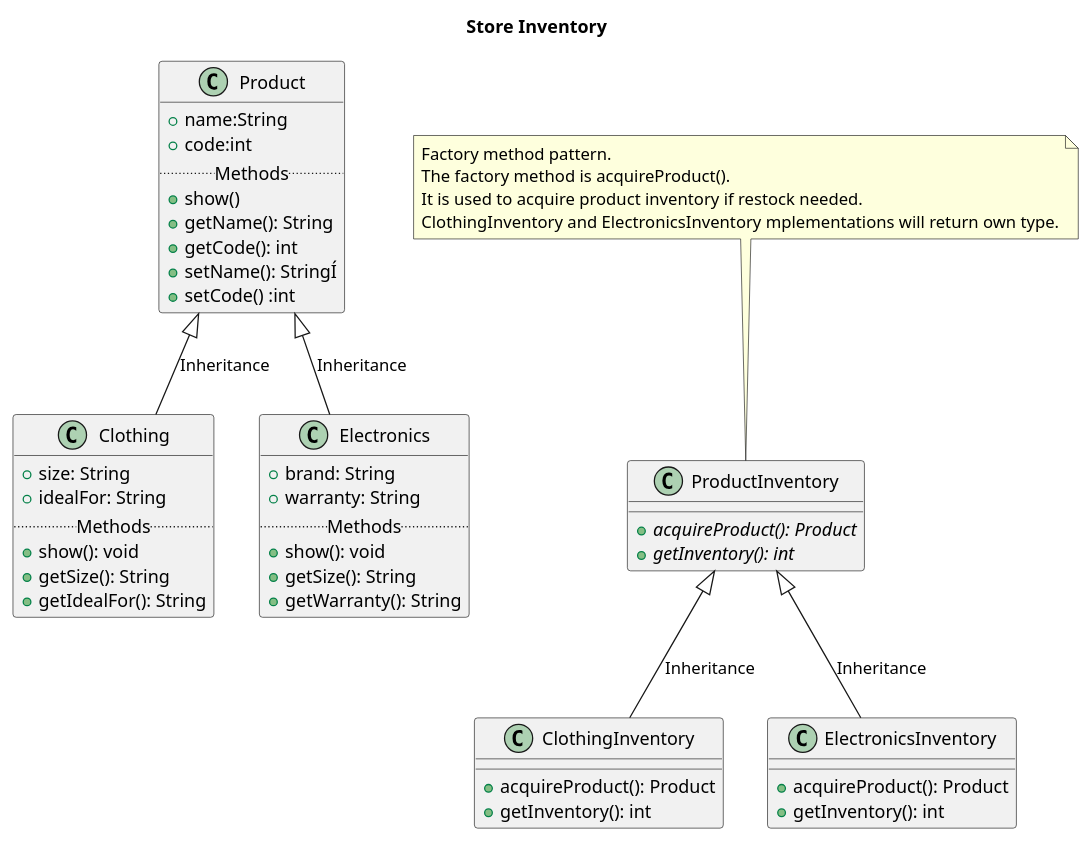
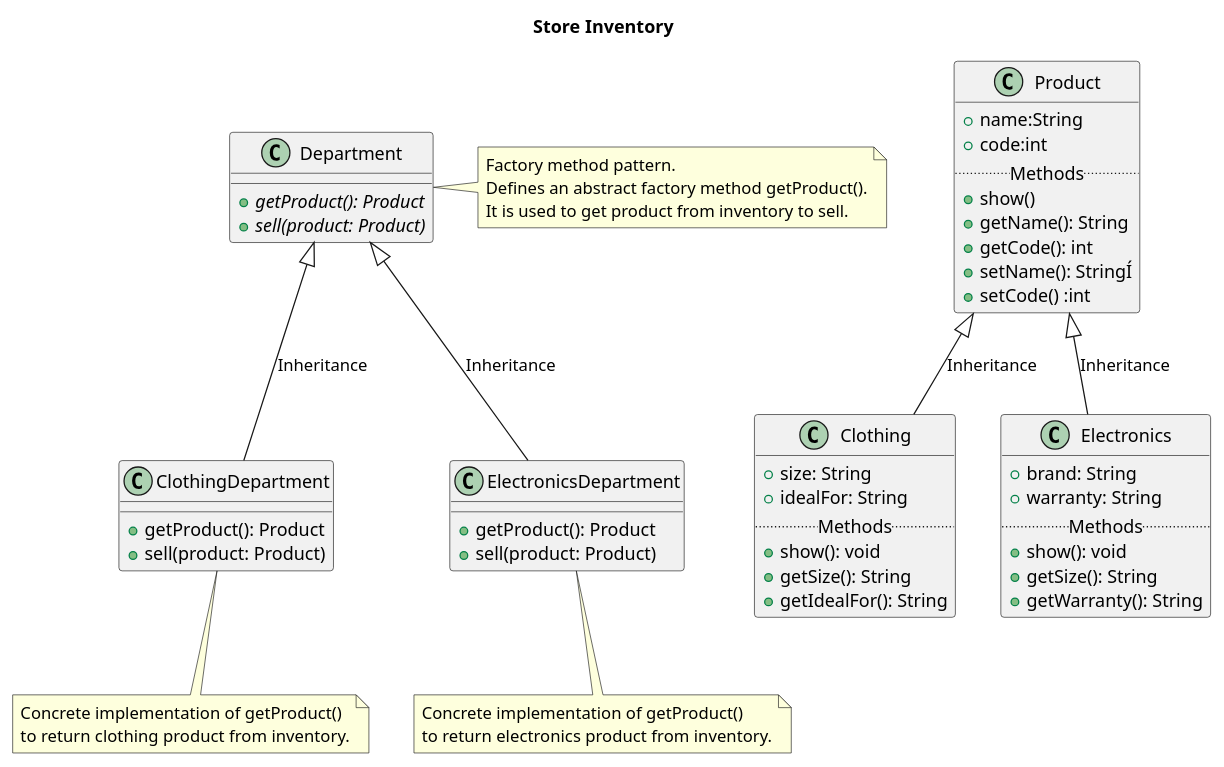
Before and after one commit to laurenpengyan/advancedjava: the diagram in designpatterns/store_inventory.plantuml, drawn with PlantUML.

Commit message:
Change for the department

```diff
--- a/designpatterns/store_inventory.plantuml
+++ b/designpatterns/store_inventory.plantuml
@@ -1,59 +1,63 @@
 @startuml
 
 title Store Inventory
 
 class Product {
     +name:String
     +code:int
     .. Methods ..
     +show()
     +getName(): String
     +getCode(): int
     +setName(): StringÍ
      +setCode() :int
 }
 
 class Clothing {
     +size: String
     +idealFor: String
     .. Methods ..
     +show(): void
     +getSize(): String
     +getIdealFor(): String
 }
 
  
 class Electronics {
     +brand: String
     +warranty: String
     .. Methods ..
     +show(): void
     +getSize(): String
     +getWarranty(): String
 }
 
 Product <|-- Clothing: Inheritance
 Product <|-- Electronics: Inheritance
 
-class ProductInventory {
-    {abstract} +acquireProduct(): Product    
-    {abstract} +getInventory(): int
-    
+class Department {
+    {abstract} +getProduct(): Product
+    {abstract} +sell(product: Product)
 }
 
-class ClothingInventory {
-    +acquireProduct(): Product
-    +getInventory(): int
+class ClothingDepartment {
+    +getProduct(): Product
+    +sell(product: Product)
 }
 
-class ElectronicsInventory {
-    +acquireProduct(): Product
-    +getInventory(): int
+class ElectronicsDepartment {
+    +getProduct(): Product
+    +sell(product: Product)
 }
 
-ProductInventory <|-- ClothingInventory: Inheritance
-ProductInventory <|-- ElectronicsInventory: Inheritance
+Department <|-- ClothingDepartment: Inheritance
+Department <|-- ElectronicsDepartment: Inheritance
 
-note top of ProductInventory: Factory method pattern.\nThe factory method is acquireProduct().\nIt is used to acquire product inventory if restock needed.\nClothingInventory and ElectronicsInventory mplementations will return own type.
+note right of Department: Factory method pattern.\nDefines an abstract factory method getProduct().\nIt is used to get product from inventory to sell.
+
+note bottom of ClothingDepartment: Concrete implementation of getProduct()\nto return clothing product from inventory.
+
+note bottom of ElectronicsDepartment: Concrete implementation of getProduct()\nto return electronics product from inventory.
+
 
 @enduml
```
